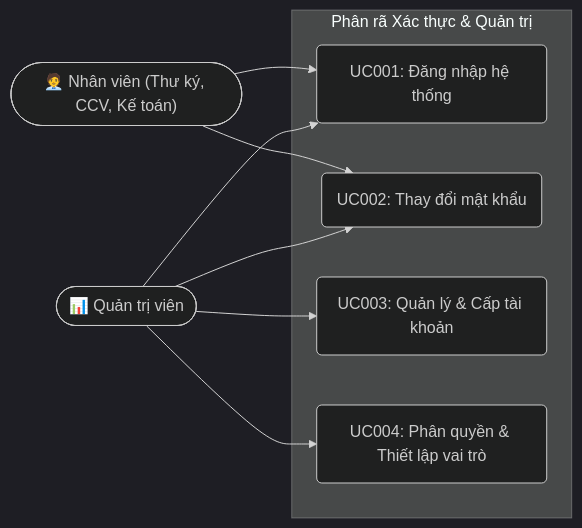
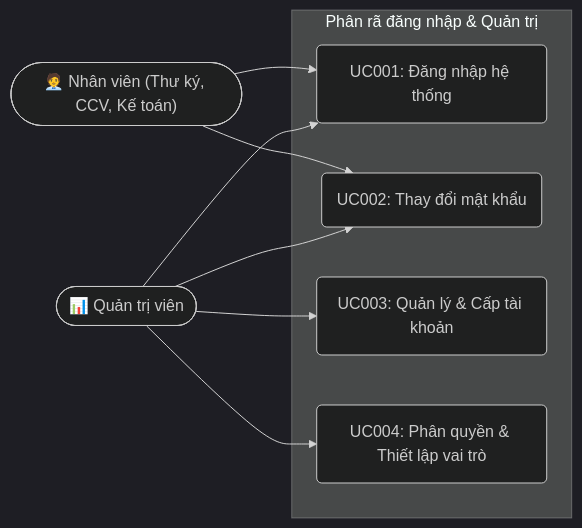
The second of 4 diagrams in docs/SRS_VPCC.md (MinhHoang22/SRS_VPCC), drawn with Mermaid (dark theme) before and after one commit. The commit also changed other lines of this file, not shown here.

````diff
--- a/docs/SRS_VPCC.md
+++ b/docs/SRS_VPCC.md
@@ -216,20 +277,20 @@
 ```mermaid
 flowchart LR
     Admin(["📊 Quản trị viên"])
     Staff(["🧑‍💼 Nhân viên (Thư ký, CCV, Kế toán)"])
 
-    subgraph Auth_Admin_Decomposed ["Phân rã Xác thực & Quản trị"]
+    subgraph Auth_Admin_Decomposed ["Phân rã đăng nhập & Quản trị"]
         UC001("UC001: Đăng nhập hệ thống")
         UC002("UC002: Thay đổi mật khẩu")
         UC003("UC003: Quản lý & Cấp tài khoản")
         UC004("UC004: Phân quyền & Thiết lập vai trò")
     end
 
     Staff --> UC001
     Staff --> UC002
 
     Admin --> UC001
     Admin --> UC002
     Admin --> UC003
     Admin --> UC004
 ```
````
